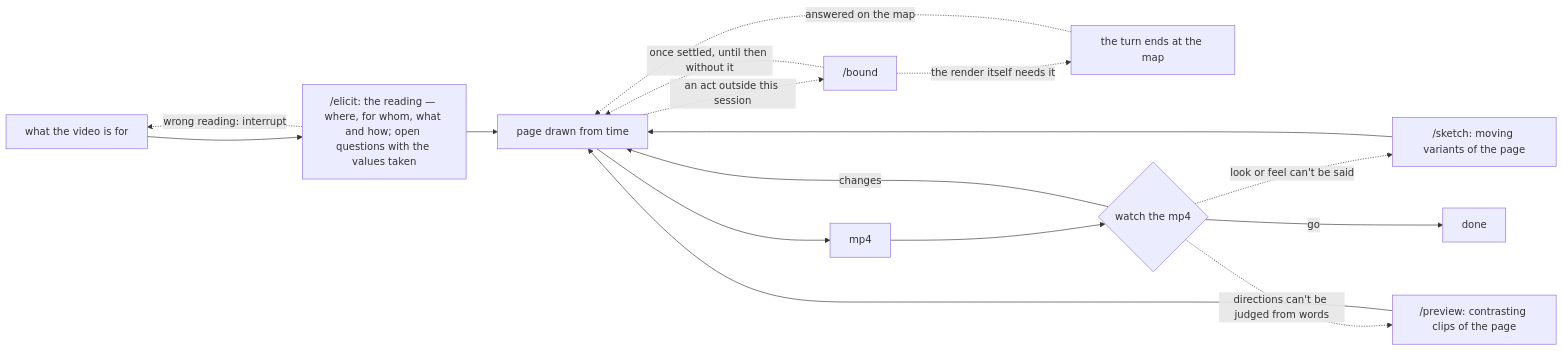
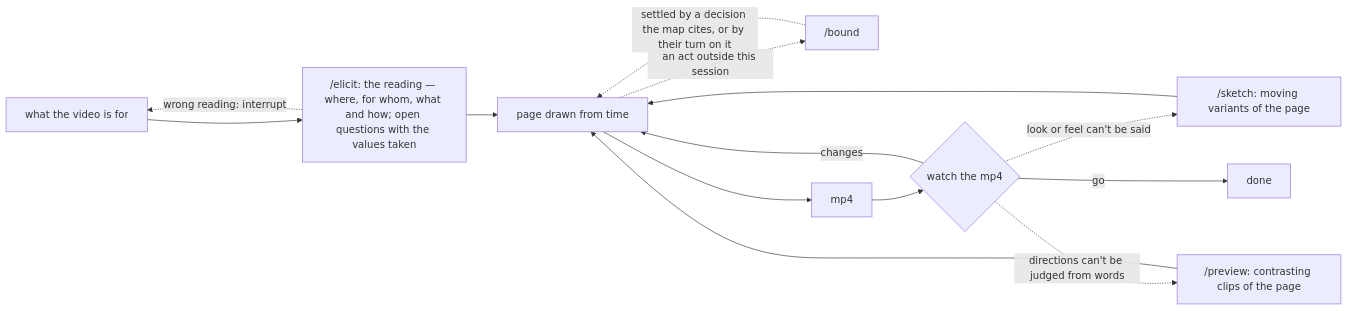
Before and after one commit to jongwony/cc-plugin: the diagram in motion/README.md, drawn with Mermaid. The commit also changed other lines of this file and 2 other files, not shown here.

Commit message:
motion: end the turn at the /bound map unless a cited decision settles the act (0.18.9)
Root repair of a four-round chain on SKILL.md:57. The round-1 repair
had the build go on without a held outward act, and each round then
found the next case the stand-in machinery did not cover (what stands
in; a render tool nothing can replace; a turn with no mp4; a declined
act, and re-rendering once the act is settled). Before the re-derivation
the /bound gate stopped the build at this point; the caller now holds
that stop itself: the act goes ahead where a decision of the person's
that the map cites settles it, and otherwise the turn ends at the map.
The stand-in clause and the README branches grown around it are
removed.

Taken on a stated judgment while choi is away (review-loop Phase 4
rule 3: removing the surrogate with the machinery grown around it);
flagged in the PR for choi.

Review-loop round 6 on PR #336 (code-review).

Claude-Session: https://claude.ai/code/session_01K8NVgTLWeeSS8Y9kn5Ps4m

````diff
--- a/motion/README.md
+++ b/motion/README.md
@@ -5,18 +5,16 @@
 ```mermaid
 flowchart LR
   A[what the video is for] --> B["/elicit: the reading — where, for whom, what and how; open questions with the values taken"]
   B -. wrong reading: interrupt .-> A
   B --> P[page drawn from time]
   P -. an act outside this session .-> D["/bound"]
-  D -. once settled, until then without it .-> P
-  D -. the render itself needs it .-> T["the turn ends at the map"]
-  T -. answered on the map .-> P
+  D -. settled by a decision the map cites, or by their turn on it .-> P
   P --> M[mp4]
   M --> W{watch the mp4}
   W -- changes --> P
   W -. look or feel can't be said .-> S["/sketch: moving variants of the page"]
   W -. directions can't be judged from words .-> V["/preview: contrasting clips of the page"]
   S --> P
   V --> P
   W -- go --> E[done]
 ```
````
